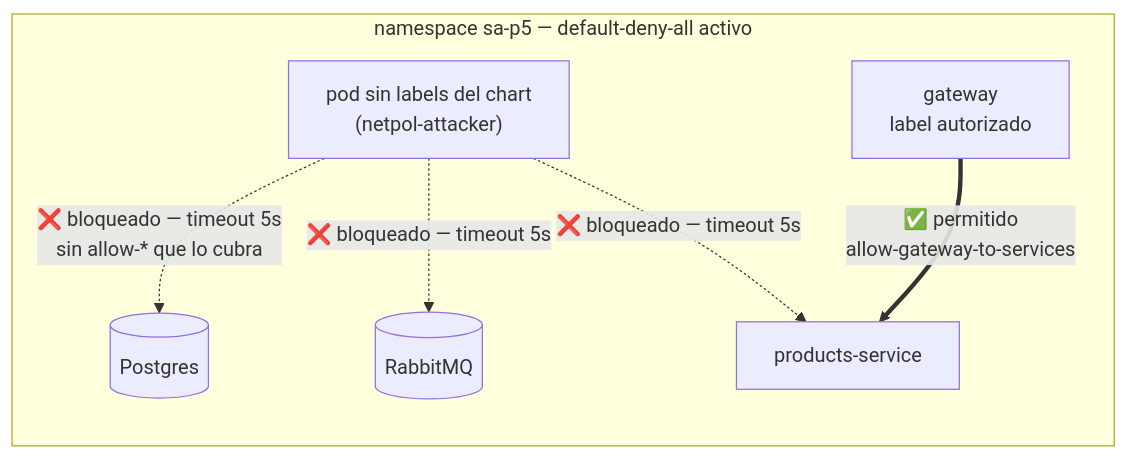
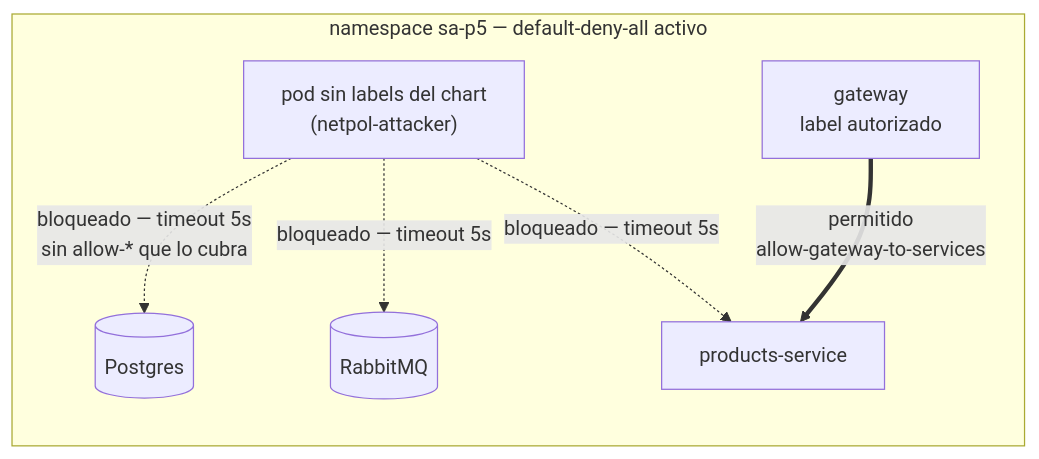
One commit to Carbonell-Castillo/Practicas-SA-B-202203069 changed the third of 3 diagrams in P5/docs/documentacionFinal/Documentation.md. Above: the diagram before and after it, drawn with Mermaid. The commit also changed other lines of this file, not shown here.

Commit message:
docs: add technical documentation for platform architecture and deployment procedures

````diff
--- a/P5/docs/documentacionFinal/Documentation.md
+++ b/P5/docs/documentacionFinal/Documentation.md
@@ -72,15 +72,15 @@
 ```mermaid
 flowchart LR
     subgraph NS["namespace sa-p5 — default-deny-all activo"]
         ATTACKER["pod sin labels del chart<br/>(netpol-attacker)"]
         GWpod["gateway<br/>label autorizado"]
         PGpod[("Postgres")]
         MQpod[("RabbitMQ")]
         PRODpod["products-service"]
     end
 
-    ATTACKER -.->|"❌ bloqueado — timeout 5s<br/>sin allow-* que lo cubra"| PGpod
-    ATTACKER -.->|"❌ bloqueado — timeout 5s"| MQpod
-    ATTACKER -.->|"❌ bloqueado — timeout 5s"| PRODpod
-    GWpod ==>|"✅ permitido<br/>allow-gateway-to-services"| PRODpod
+    ATTACKER -.->|"bloqueado — timeout 5s<br/>sin allow-* que lo cubra"| PGpod
+    ATTACKER -.->|"bloqueado — timeout 5s"| MQpod
+    ATTACKER -.->|"bloqueado — timeout 5s"| PRODpod
+    GWpod ==>|"permitido<br/>allow-gateway-to-services"| PRODpod
 ```
````
